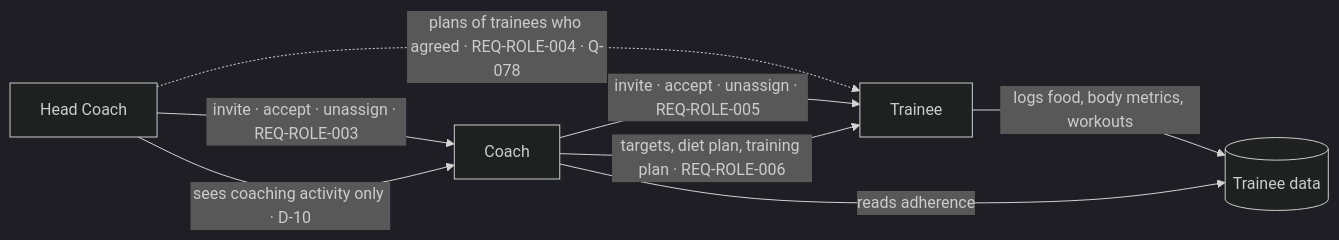
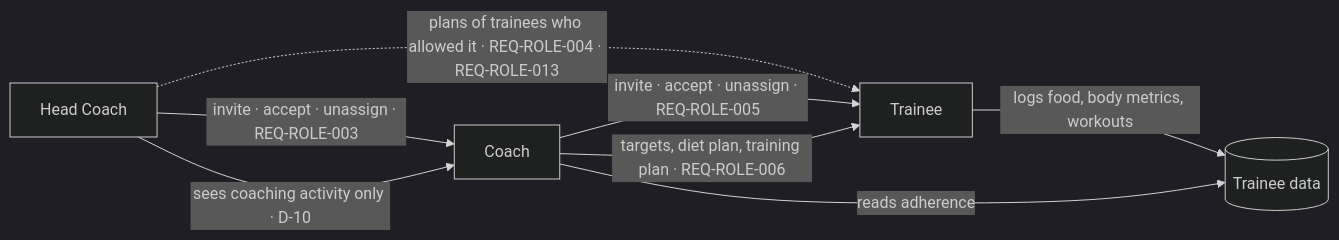
The second of 3 diagrams in flow.md (pradeepKumawatPalara/fitsphere), drawn with Mermaid (dark theme) before and after one commit. The commit also changed other lines of this file and 12 other files, not shown here.

````diff
--- a/flow.md
+++ b/flow.md
@@ -36,10 +36,10 @@
 ```mermaid
 flowchart LR
     HC[Head Coach] -- invite · accept · unassign · REQ-ROLE-003 --> CO[Coach]
     HC -- sees coaching activity only · D-10 --> CO
-    HC -. plans of trainees who agreed · REQ-ROLE-004 · Q-078 .-> TE
+    HC -. plans of trainees who allowed it · REQ-ROLE-004 · REQ-ROLE-013 .-> TE
     CO -- invite · accept · unassign · REQ-ROLE-005 --> TE[Trainee]
     CO -- targets, diet plan, training plan · REQ-ROLE-006 --> TE
     TE -- logs food, body metrics, workouts --> DATA[(Trainee data)]
     CO -- reads adherence --> DATA
 ```
````
